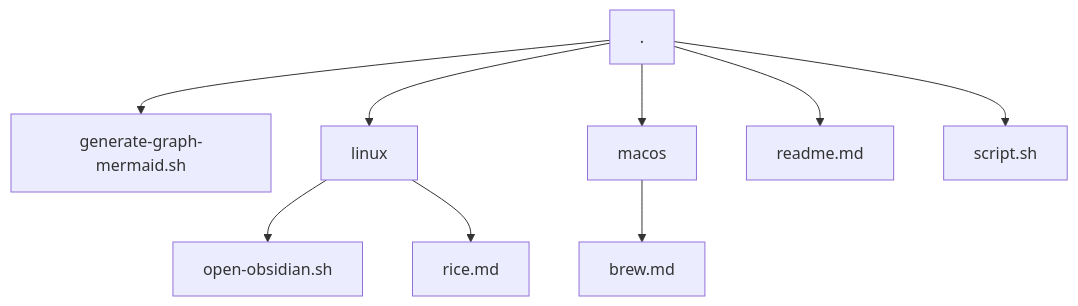
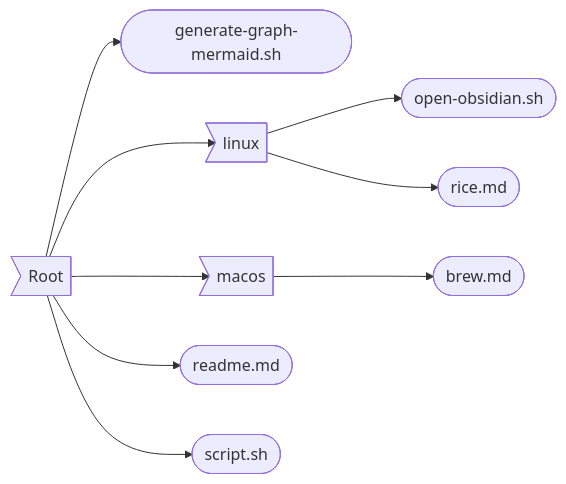
One commit to tylerwhite-dev/dotfiles changed the diagram in readme.md. Above: the diagram before and after it, drawn with Mermaid. The commit also changed 1 other file, not shown here.

Commit message:
feat: generate mermaid script updated

````diff
--- a/readme.md
+++ b/readme.md
@@ -1,12 +1,12 @@
 ```mermaid
-graph TD;
+graph LR;
     Root[.]
-    Root --> generate-graph-mermaid.sh
-    Root --> linux
-    linux --> open-obsidian.sh
-    linux --> rice.md
-    Root --> macos
-    macos --> brew.md
-    Root --> readme.md
-    Root --> script.sh
+    Root>Root] --> generate-graph-mermaid.sh([generate-graph-mermaid.sh])
+    Root>Root] --> linux>linux]
+    linux>linux] --> open-obsidian.sh([open-obsidian.sh])
+    linux>linux] --> rice.md([rice.md])
+    Root>Root] --> macos>macos]
+    macos>macos] --> brew.md([brew.md])
+    Root>Root] --> readme.md([readme.md])
+    Root>Root] --> script.sh([script.sh])
 ```
````
